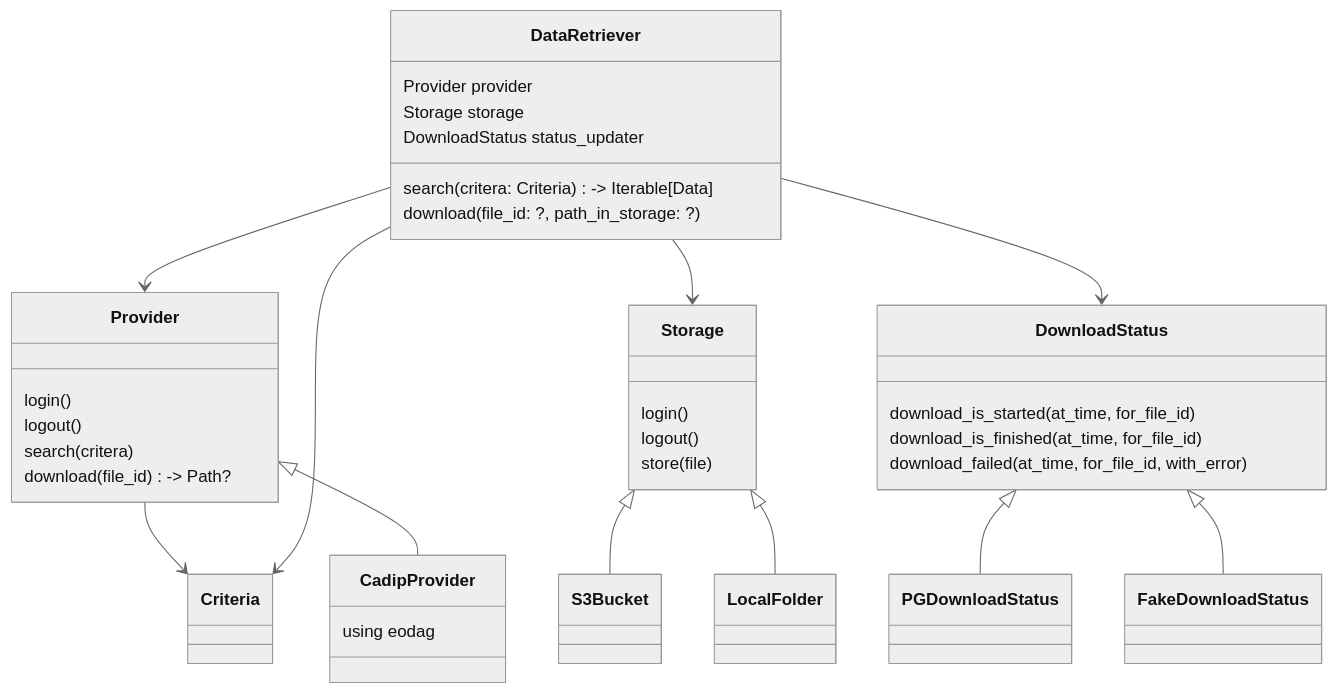
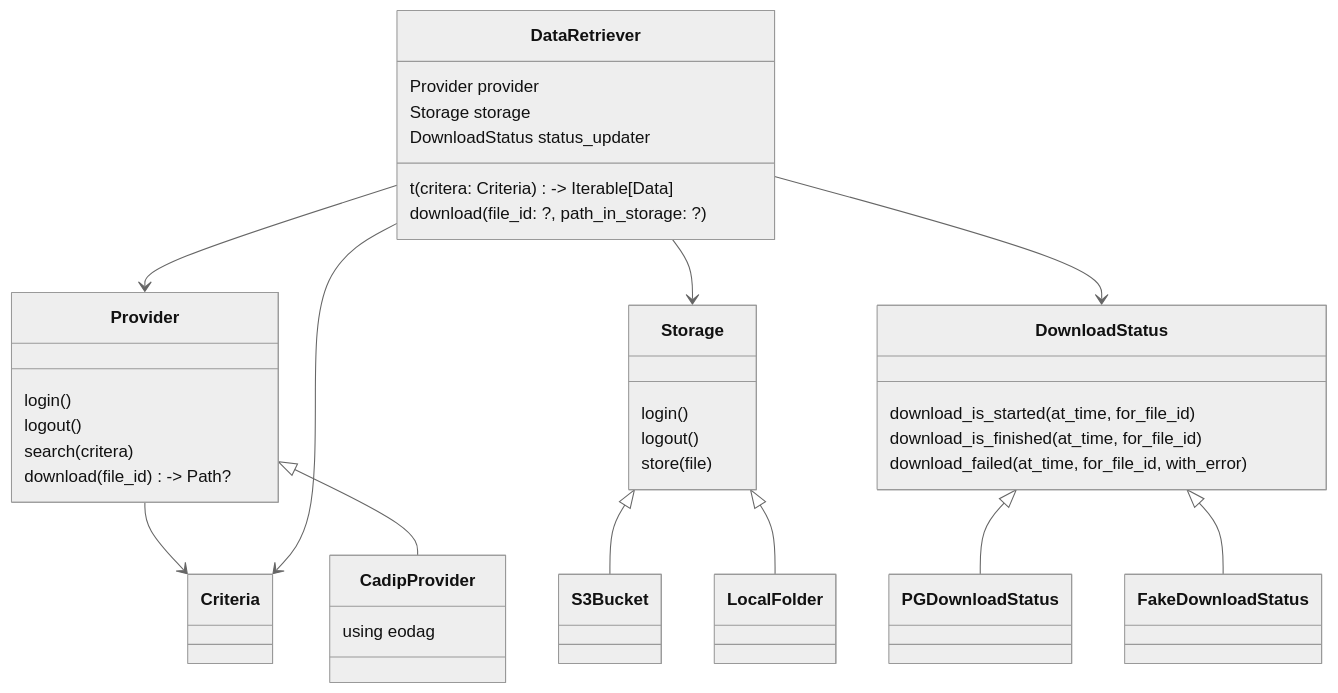
Before and after one commit to RS-PYTHON/rs-server: the diagram in docs/dev/design/services/library/data-retrieval/class.mmd, drawn with Mermaid (neutral theme). The commit also changed 10 other files, not shown here.

```diff
--- a/docs/dev/design/services/library/data-retrieval/class.mmd
+++ b/docs/dev/design/services/library/data-retrieval/class.mmd
@@ -1,54 +1,54 @@
 classDiagram
 
     class Criteria {
 
     }
 
     class DownloadStatus {
         download_is_started(at_time, for_file_id)
         download_is_finished(at_time, for_file_id)
         download_failed(at_time, for_file_id, with_error)
     }
     DownloadStatus <|-- PGDownloadStatus
     DownloadStatus <|-- FakeDownloadStatus
 
     class Provider {
         login()
         logout()
         search(critera)
         download(file_id) -> Path?
     }
     Provider --> Criteria
 
     class CadipProvider {
         using eodag
     }
     Provider <|-- CadipProvider
 
 
     class Storage {
         login()
         logout()
         store(file)
     }
     class S3Bucket {
 
     }
     class LocalFolder {
 
     }
     Storage <|-- S3Bucket
     Storage <|-- LocalFolder
 
 
     class DataRetriever {
         Provider provider
         Storage storage
         DownloadStatus status_updater
-        search(critera: Criteria) -> Iterable[Data]
+            t   (critera: Criteria) -> Iterable[Data]
         download(file_id: ?, path_in_storage: ?)
     }
     DataRetriever --> Provider
     DataRetriever --> Storage
     DataRetriever --> Criteria
     DataRetriever --> DownloadStatus
```
